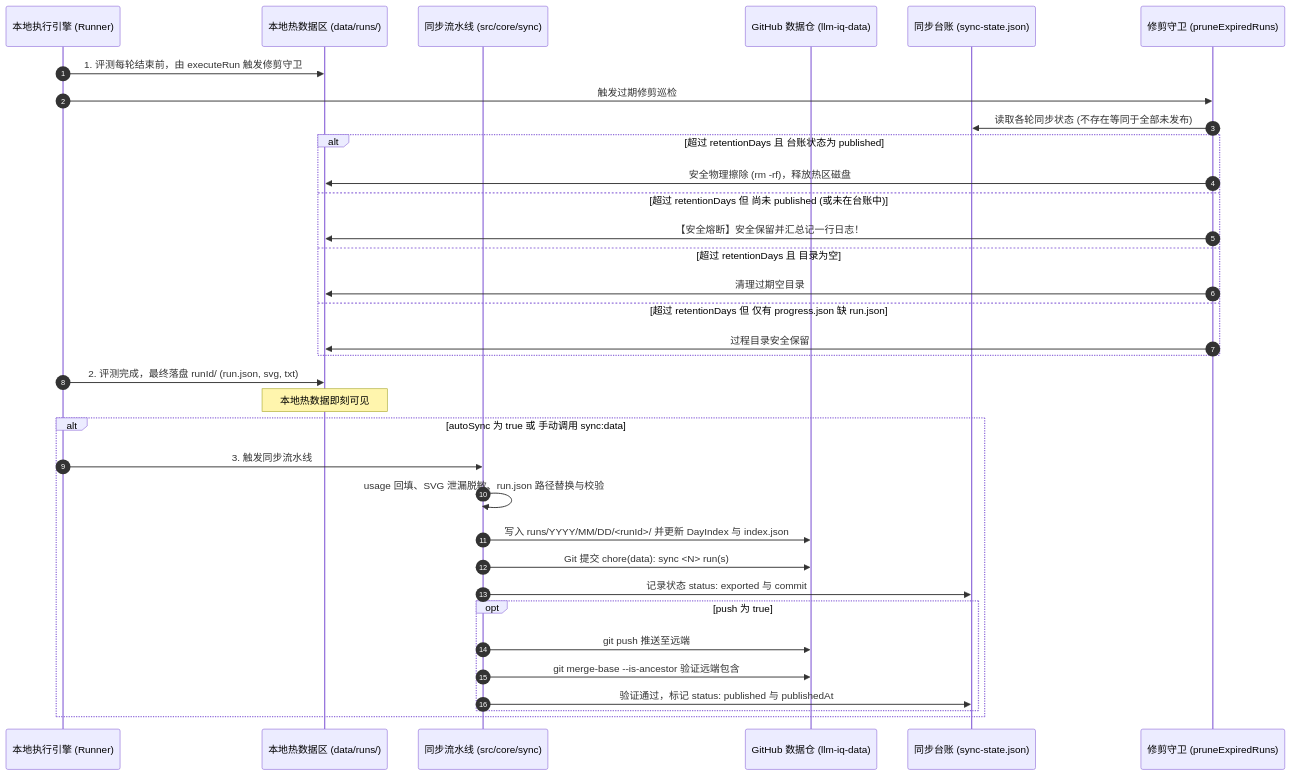
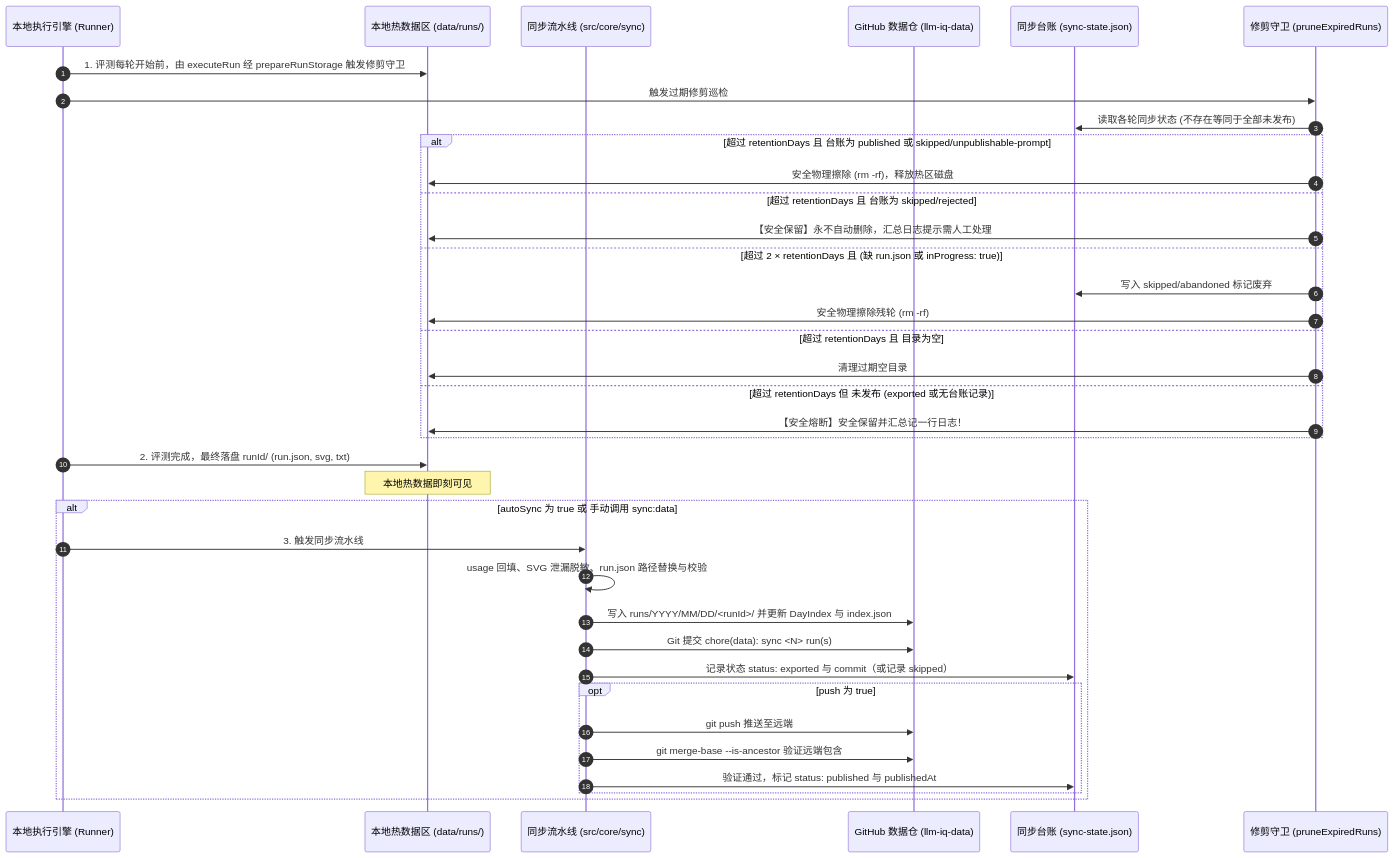
The second of 2 diagrams in docs/data-sync-architecture.md (meomeo-dev/llm-iq-dashboard), drawn with Mermaid before and after one commit. The commit also changed other lines of this file and 14 other files, not shown here.

````diff
--- a/docs/data-sync-architecture.md
+++ b/docs/data-sync-architecture.md
@@ -92,37 +92,40 @@
 ```mermaid
 sequenceDiagram
     autonumber
     participant Runner as 本地执行引擎 (Runner)
     participant HotDir as 本地热数据区 (data/runs/)
     participant Hook as 同步流水线 (src/core/sync)
     participant ColdRepo as GitHub 数据仓 (llm-iq-data)
     participant Ledger as 同步台账 (sync-state.json)
     participant Guard as 修剪守卫 (pruneExpiredRuns)
 
-    Runner->>HotDir: 1. 评测每轮结束前，由 executeRun 触发修剪守卫
+    Runner->>HotDir: 1. 评测每轮开始前，由 executeRun 经 prepareRunStorage 触发修剪守卫
     Runner->>Guard: 触发过期修剪巡检
     Guard->>Ledger: 读取各轮同步状态 (不存在等同于全部未发布)
-    alt 超过 retentionDays 且 台账状态为 published
+    alt 超过 retentionDays 且 台账为 published 或 skipped/unpublishable-prompt
         Guard->>HotDir: 安全物理擦除 (rm -rf)，释放热区磁盘
-    else 超过 retentionDays 但 尚未 published (或未在台账中)
-        Guard->>HotDir: 【安全熔断】安全保留并汇总记一行日志！
+    else 超过 retentionDays 且 台账为 skipped/rejected
+        Guard->>HotDir: 【安全保留】永不自动删除，汇总日志提示需人工处理
+    else 超过 2 × retentionDays 且 (缺 run.json 或 inProgress: true)
+        Guard->>Ledger: 写入 skipped/abandoned 标记废弃
+        Guard->>HotDir: 安全物理擦除残轮 (rm -rf)
     else 超过 retentionDays 且 目录为空
         Guard->>HotDir: 清理过期空目录
-    else 超过 retentionDays 但 仅有 progress.json 缺 run.json
-        Guard->>HotDir: 过程目录安全保留
+    else 超过 retentionDays 但 未发布 (exported 或无台账记录)
+        Guard->>HotDir: 【安全熔断】安全保留并汇总记一行日志！
     end
     Runner->>HotDir: 2. 评测完成，最终落盘 runId/ (run.json, svg, txt)
     Note over HotDir: 本地热数据即刻可见
     alt autoSync 为 true 或 手动调用 sync:data
         Runner->>Hook: 3. 触发同步流水线
         Hook->>Hook: usage 回填、SVG 泄漏脱敏、run.json 路径替换与校验
         Hook->>ColdRepo: 写入 runs/YYYY/MM/DD/<runId>/ 并更新 DayIndex 与 index.json
         Hook->>ColdRepo: Git 提交 chore(data): sync <N> run(s)
-        Hook->>Ledger: 记录状态 status: exported 与 commit
+        Hook->>Ledger: 记录状态 status: exported 与 commit（或记录 skipped）
         opt push 为 true
             Hook->>ColdRepo: git push 推送至远端
             Hook->>ColdRepo: git merge-base --is-ancestor 验证远端包含
             Hook->>Ledger: 验证通过，标记 status: published 与 publishedAt
         end
     end
 ```
````
